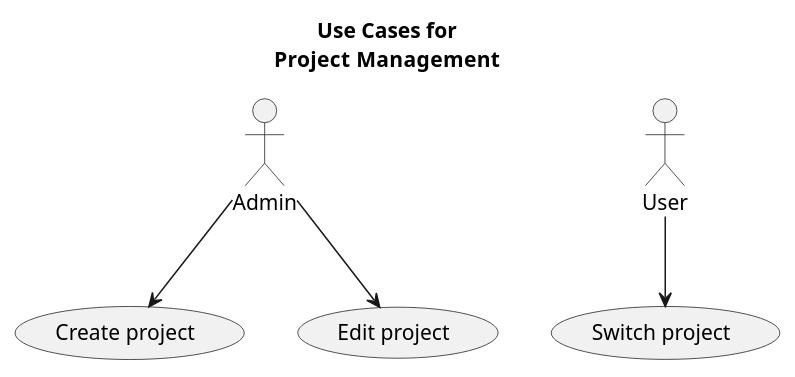
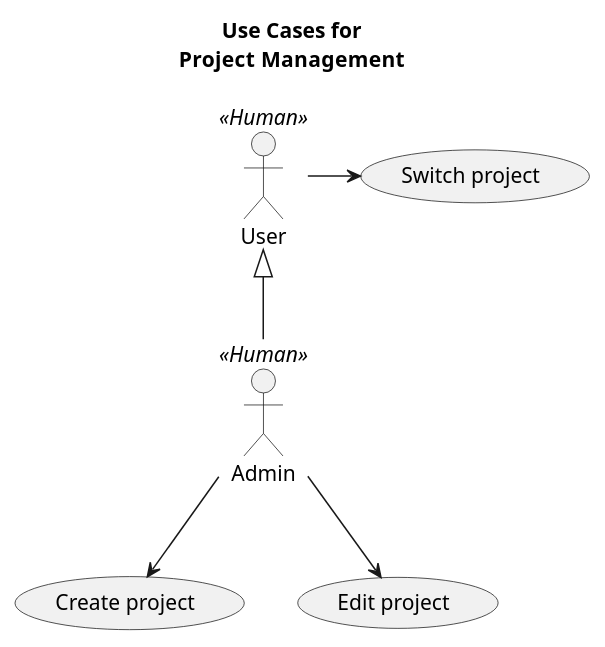
Diagram 21 of 40 in doc/worg/org-contrib/gsoc2012/student-projects/bugpile/i.org (bzg/bugpile), drawn with PlantUML before and after one commit. The commit also changed other lines of this file and 1 other file, not shown here.

Commit message:
i.org tutorial on worg: use case diagrams finished.

```diff
--- a/doc/worg/org-contrib/gsoc2012/student-projects/bugpile/i.org
+++ b/doc/worg/org-contrib/gsoc2012/student-projects/bugpile/i.org
@@ -1018,11 +1046,16 @@
 #+begin_src plantuml :file ../../../../images/gsoc/2012/bugpile/project-management-uml-uc.png
   title Use Cases for\n<b>Project  Management</b>
+
+  :User: <<Human>>
+  :Admin:  <<Human>>
+
+  User <|-- Admin
 
   usecase (Create project) as (Crea)
   usecase (Edit project) as (Ed)
   usecase (Switch project) as (Swi)
 
   Admin --> (Crea)
   Admin --> (Ed)
-  User --> (Swi) 
+  User -> (Swi) 
 #+end_src
```
